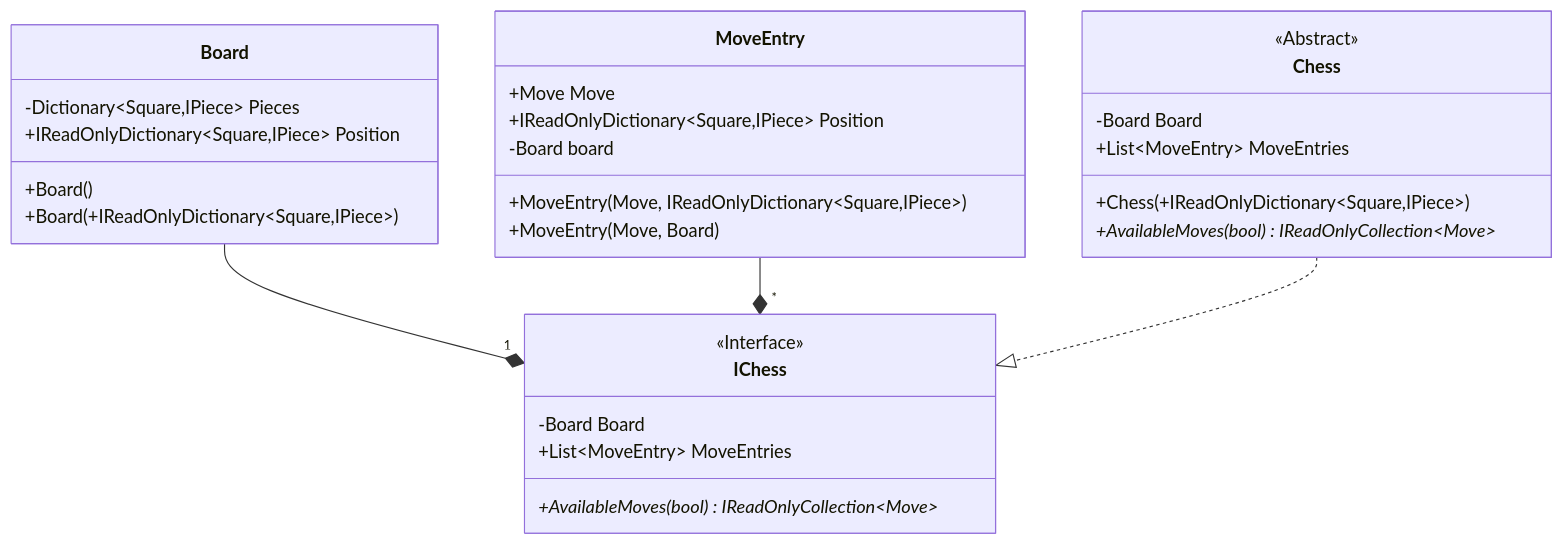
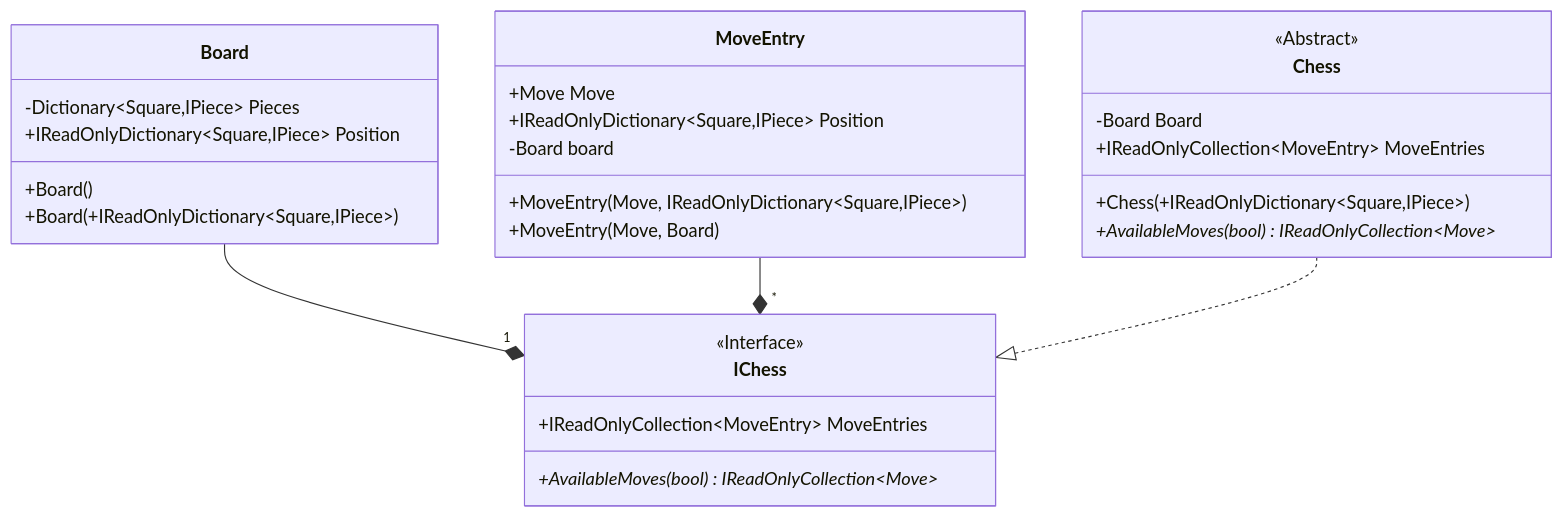
One commit to JeanLColombo/Mate changed the diagram in UML Diagram/Core/Game.md. Above: the diagram before and after it, drawn with Mermaid. The commit also changed 2 other files, not shown here.

Commit message:
Implemented IChess

````diff
--- a/UML Diagram/Core/Game.md
+++ b/UML Diagram/Core/Game.md
@@ -1,32 +1,31 @@
 ```mermaid
     classDiagram
     class IChess{
         <<Interface>>
-        -Board Board
-        +List~MoveEntry~ MoveEntries
+        +IReadOnlyCollection~MoveEntry~ MoveEntries
         +AvailableMoves(bool)* IReadOnlyCollection~Move~
     }
     class Chess{
         <<Abstract>>
         -Board Board
-        +List~MoveEntry~ MoveEntries
+        +IReadOnlyCollection~MoveEntry~ MoveEntries
         +Chess(+IReadOnlyDictionary~Square,IPiece~)
         +AvailableMoves(bool)* IReadOnlyCollection~Move~
     }
     class Board{
         -Dictionary~Square,IPiece~ Pieces
         +IReadOnlyDictionary~Square,IPiece~ Position 
         +Board()
         +Board(+IReadOnlyDictionary~Square,IPiece~)
     }
     class MoveEntry{
         +Move Move
         +IReadOnlyDictionary~Square,IPiece~ Position
         -Board board
         +MoveEntry(Move, IReadOnlyDictionary~Square,IPiece~)
         +MoveEntry(Move, Board)
     }
     Board --* "1" IChess
     MoveEntry --* "*" IChess
     Chess ..|> IChess
 ```
````
